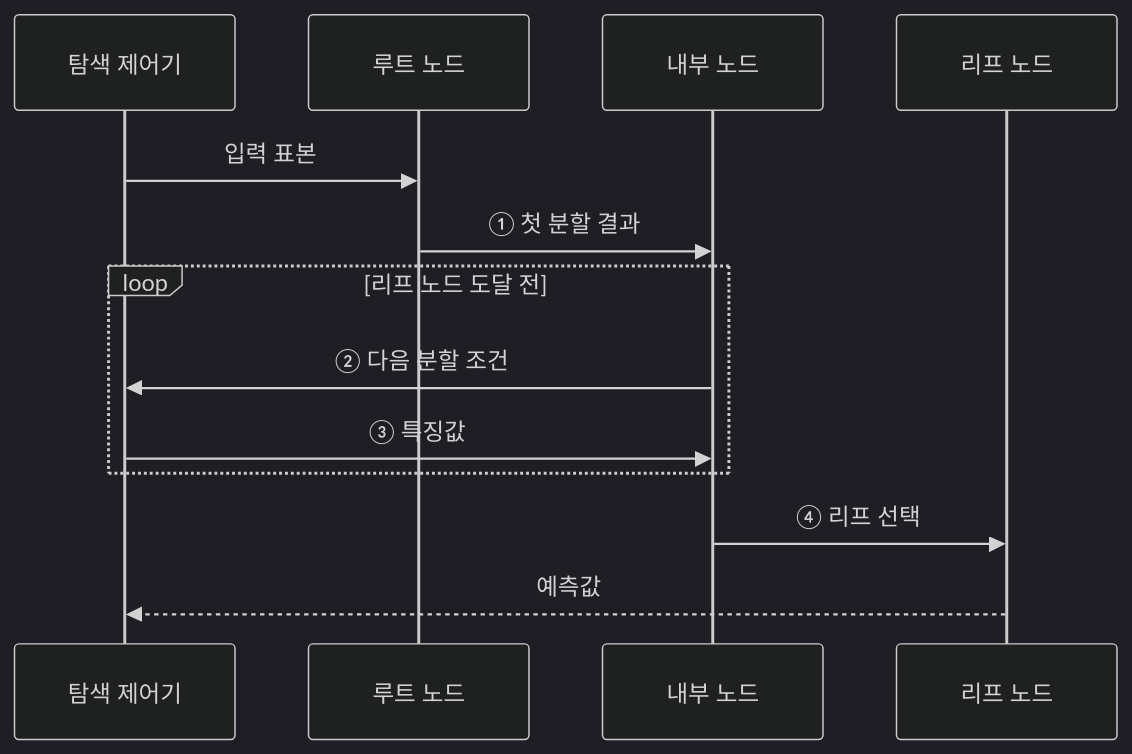
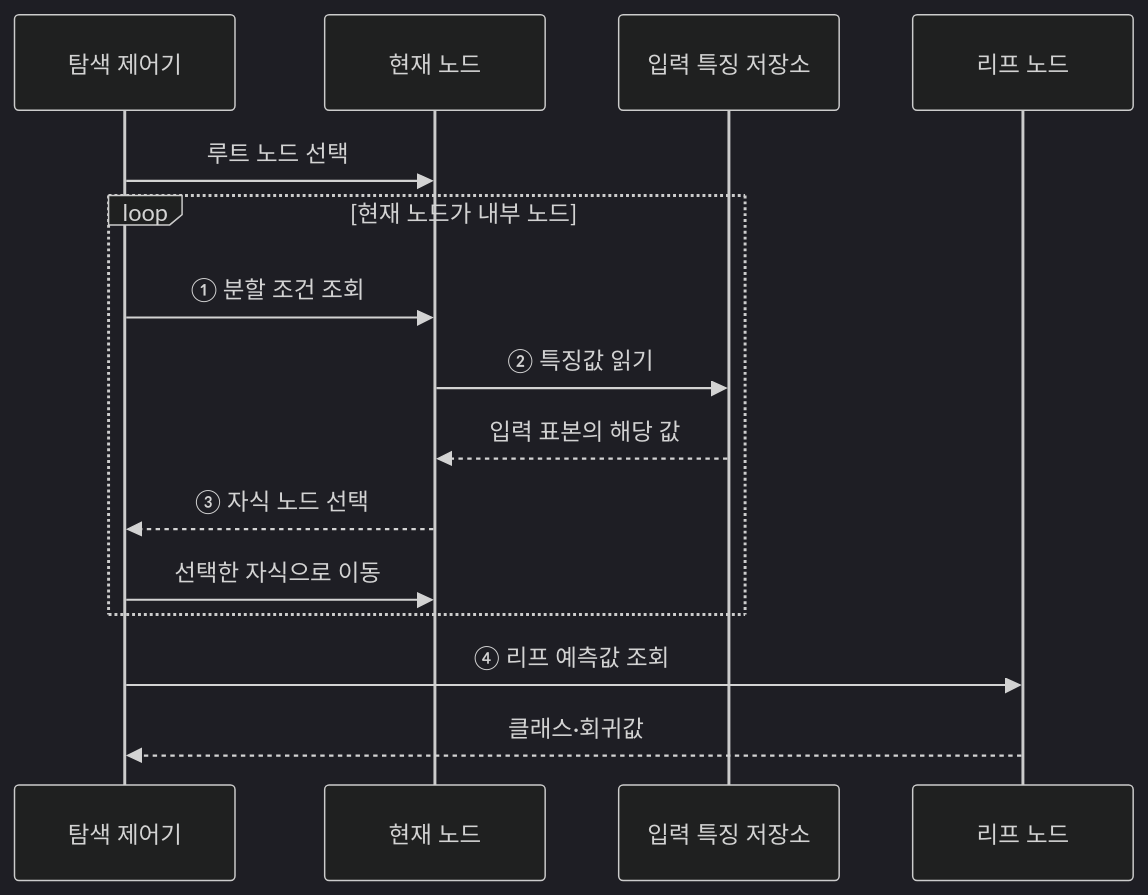
The second of 2 diagrams in src/content/docs/notes/01-basic-theory/049_decision_tree.md (agnusdei1207/knowledge-base), drawn with Mermaid (dark theme) before and after one commit. The commit also changed other lines of this file and 19 other files, not shown here.

````diff
--- a/src/content/docs/notes/01-basic-theory/049_decision_tree.md
+++ b/src/content/docs/notes/01-basic-theory/049_decision_tree.md
@@ -75,15 +78,17 @@
 ```mermaid
 sequenceDiagram
     participant T as 탐색 제어기
-    participant R as 루트 노드
-    participant N as 내부 노드
+    participant N as 현재 노드
+    participant X as 입력 특징 저장소
     participant L as 리프 노드
-    T->>R: 입력 표본
-    R->>N: ① 첫 분할 결과
-    loop 리프 노드 도달 전
-        N->>T: ② 다음 분할 조건
-        T->>N: ③ 특징값
+    T->>N: 루트 노드 선택
+    loop 현재 노드가 내부 노드
+        T->>N: ① 분할 조건 조회
+        N->>X: ② 특징값 읽기
+        X-->>N: 입력 표본의 해당 값
+        N-->>T: ③ 자식 노드 선택
+        T->>N: 선택한 자식으로 이동
     end
-    N->>L: ④ 리프 선택
-    L-->>T: 예측값
+    T->>L: ④ 리프 예측값 조회
+    L-->>T: 클래스·회귀값
 ```
````
